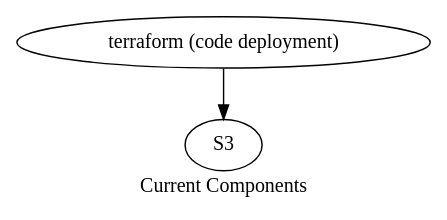
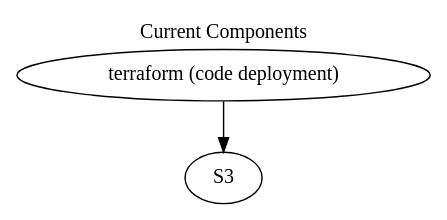
Before and after one commit to code-for-nashville/inclucivics: the diagram in docs/architecture.dot, drawn with Graphviz. The commit also changed 1 other file, not shown here.

Commit message:
change graph caption location

```diff
--- a/docs/architecture.dot
+++ b/docs/architecture.dot
@@ -1,4 +1,5 @@
 digraph {
-  label = "Current Components"
+  label="Current Components"
+  labelloc=top 
   "terraform (code deployment)" -> S3
 }
```
